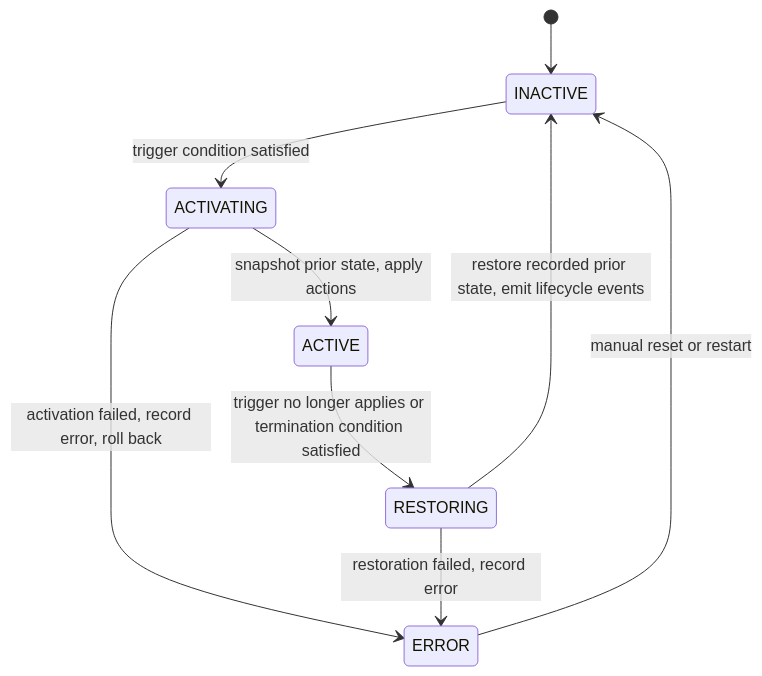
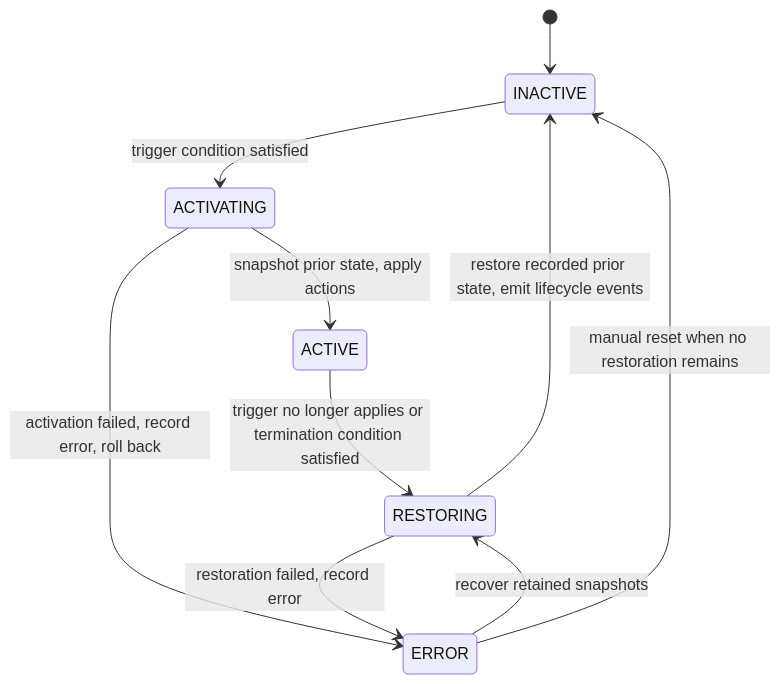
The third of 3 diagrams in ARCHITECTURE.md (shikhar-sahay/arc), drawn with Mermaid before and after one commit. The commit also changed other lines of this file and 8 other files, not shown here.

````diff
--- a/ARCHITECTURE.md
+++ b/ARCHITECTURE.md
@@ -158,11 +175,12 @@
 ```mermaid
 stateDiagram-v2
   [*] --> INACTIVE
   INACTIVE --> ACTIVATING: trigger condition satisfied
   ACTIVATING --> ACTIVE: snapshot prior state, apply actions
   ACTIVE --> RESTORING: trigger no longer applies or termination condition satisfied
   RESTORING --> INACTIVE: restore recorded prior state, emit lifecycle events
   ACTIVATING --> ERROR: activation failed, record error, roll back
   RESTORING --> ERROR: restoration failed, record error
-  ERROR --> INACTIVE: manual reset or restart
+  ERROR --> RESTORING: recover retained snapshots
+  ERROR --> INACTIVE: manual reset when no restoration remains
 ```
````
